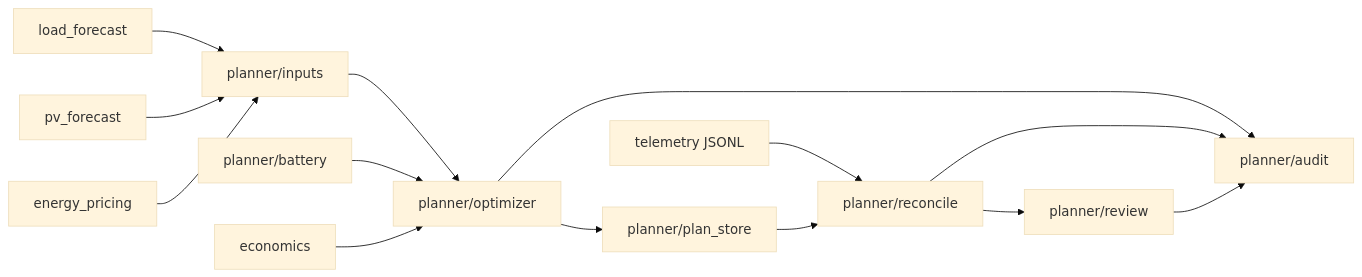
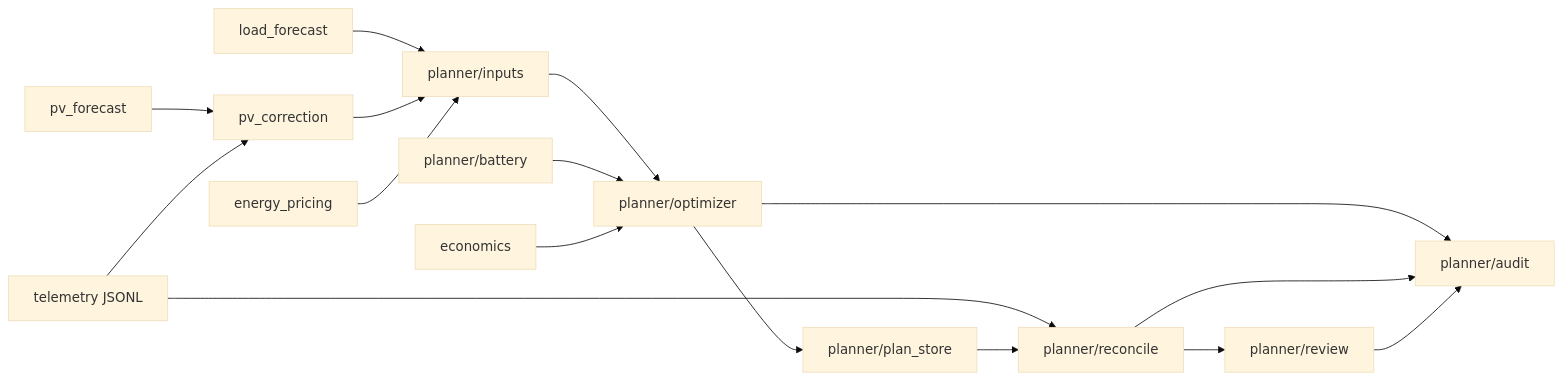
The diagram in docs/planner/IMPLEMENTED.md (yelonek/goodweguardian), drawn with Mermaid (base theme) before and after one commit. The commit also changed other lines of this file and 4 other files, not shown here.

````diff
--- a/docs/planner/IMPLEMENTED.md
+++ b/docs/planner/IMPLEMENTED.md
@@ -45,16 +45,18 @@
 ```mermaid
 flowchart LR
   LF[load_forecast] --> IN[planner/inputs]
-  PV[pv_forecast] --> IN
+  PV[pv_forecast] --> PVC[pv_correction]
+  TEL[telemetry pv_w] --> PVC
+  PVC --> IN
   EP[energy_pricing] --> IN
   IN --> OPT[planner/optimizer]
   BAT[planner/battery] --> OPT
   EC[economics] --> OPT
   OPT --> PS[planner/plan_store]
   OPT --> AU[planner/audit]
   TEL[telemetry JSONL] --> REC[planner/reconcile]
   PS --> REC
   REC --> AU
   REC --> REV[planner/review]
   REV --> AU
 ```
````
